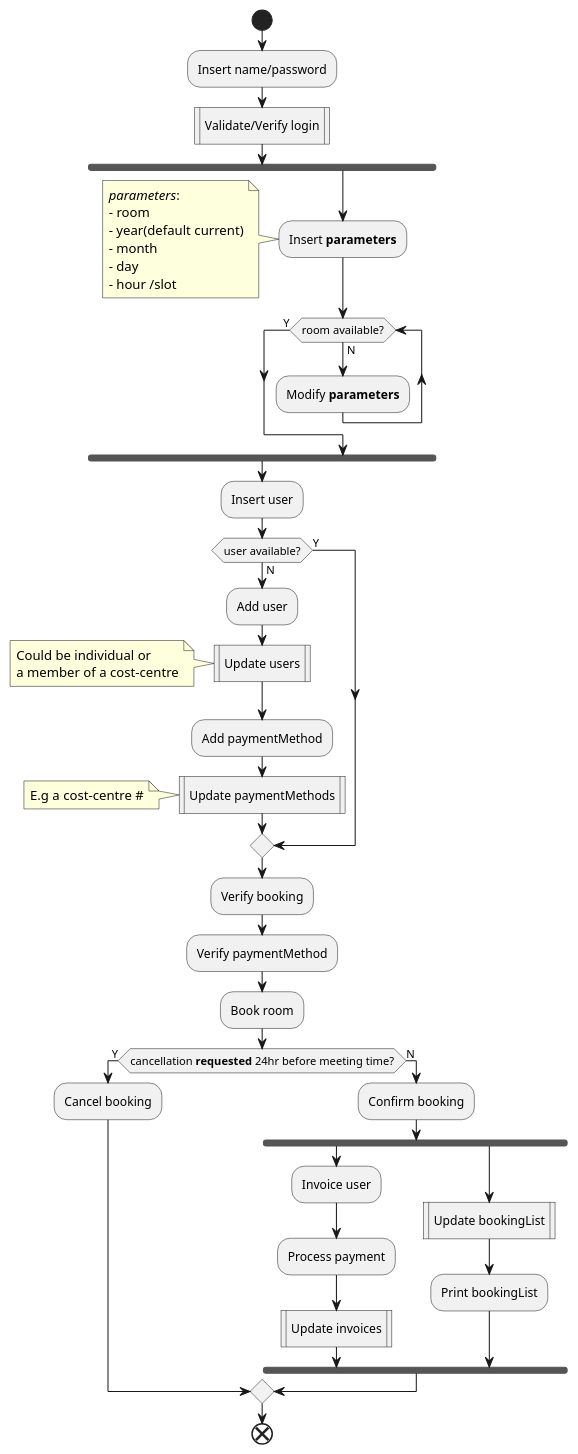
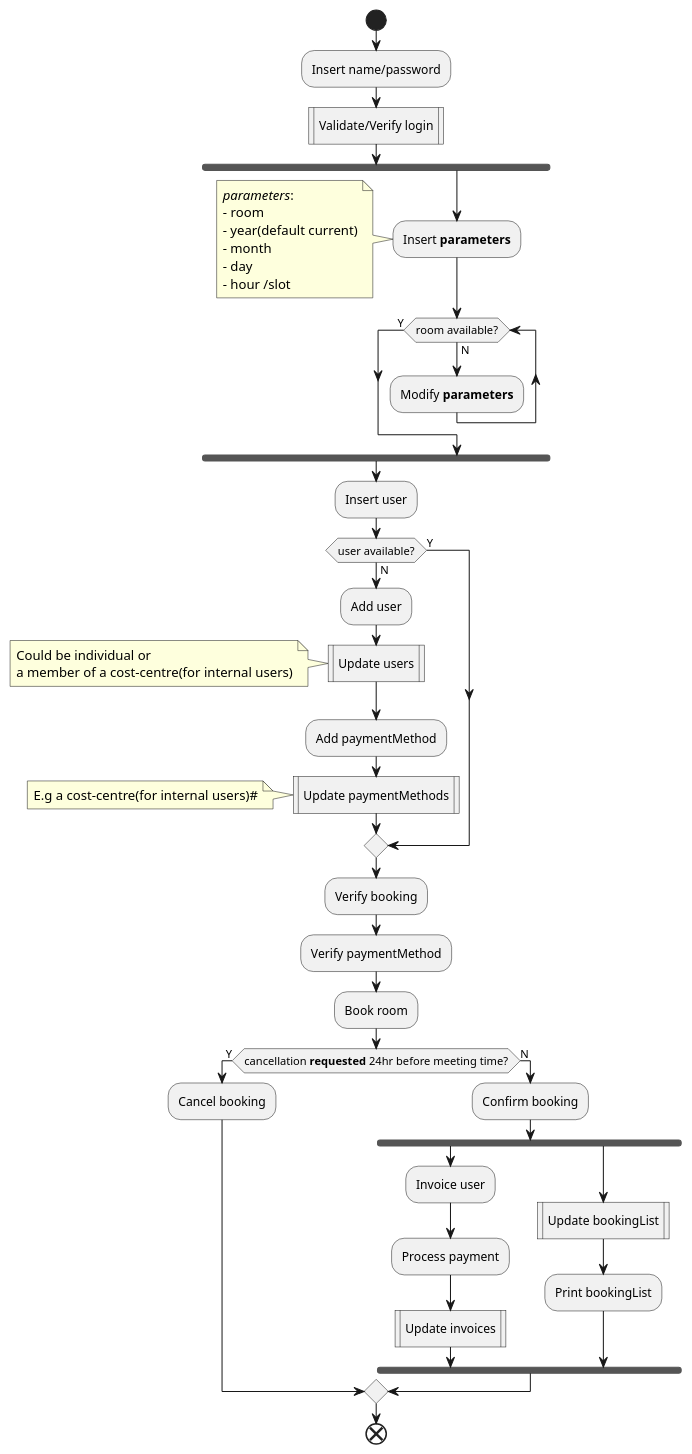
One commit to BBKbeam/mtRooms changed the diagram in docs/uml/activity.puml. Above: the diagram before and after it, drawn with PlantUML. The commit also changed 1 other file, not shown here.

Commit message:
[UML] Activity diagram added

```diff
--- a/docs/uml/activity.puml
+++ b/docs/uml/activity.puml
@@ -1,58 +1,58 @@
 @startuml
 
 
 start
 :Insert name/password;
 :Validate/Verify login|
 
 fork
 :Insert **parameters**;
     note left
     //parameters//:
     - room
     - year(default current)
     - month
     - day
     - hour /slot
     end note
 
 while (room available?) is (N)
 :Modify **parameters**;
 end while(Y)
 end fork
 
 :Insert user;
     if (user available?)then(N)
     :Add user;
     :Update users|
         note left
         Could be individual or
-        a member of a cost-centre
+        a member of a cost-centre(for internal users)
         end note
     :Add paymentMethod;
     :Update paymentMethods|
         note left
-        E.g a cost-centre #
+        E.g a cost-centre(for internal users)#
         end note
     else(Y)
     endif
 
 :Verify booking;
 :Verify paymentMethod;
 :Book room;
 
     if (cancellation **requested** 24hr before meeting time?) then (Y)
     :Cancel booking;
     else (N)
     :Confirm booking;
         fork
             :Invoice user;
             :Process payment;
             :Update invoices|
         fork again
             :Update bookingList|
             :Print bookingList;
         end fork
     endif
 end
 @enduml
```
